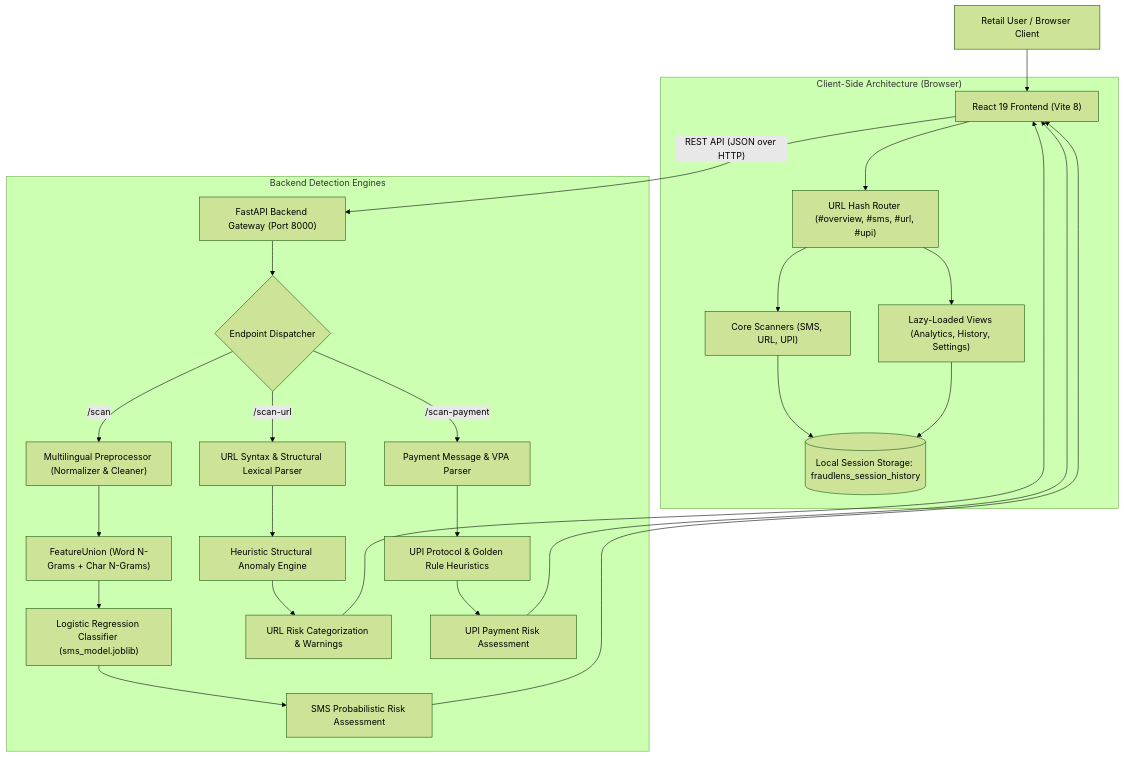
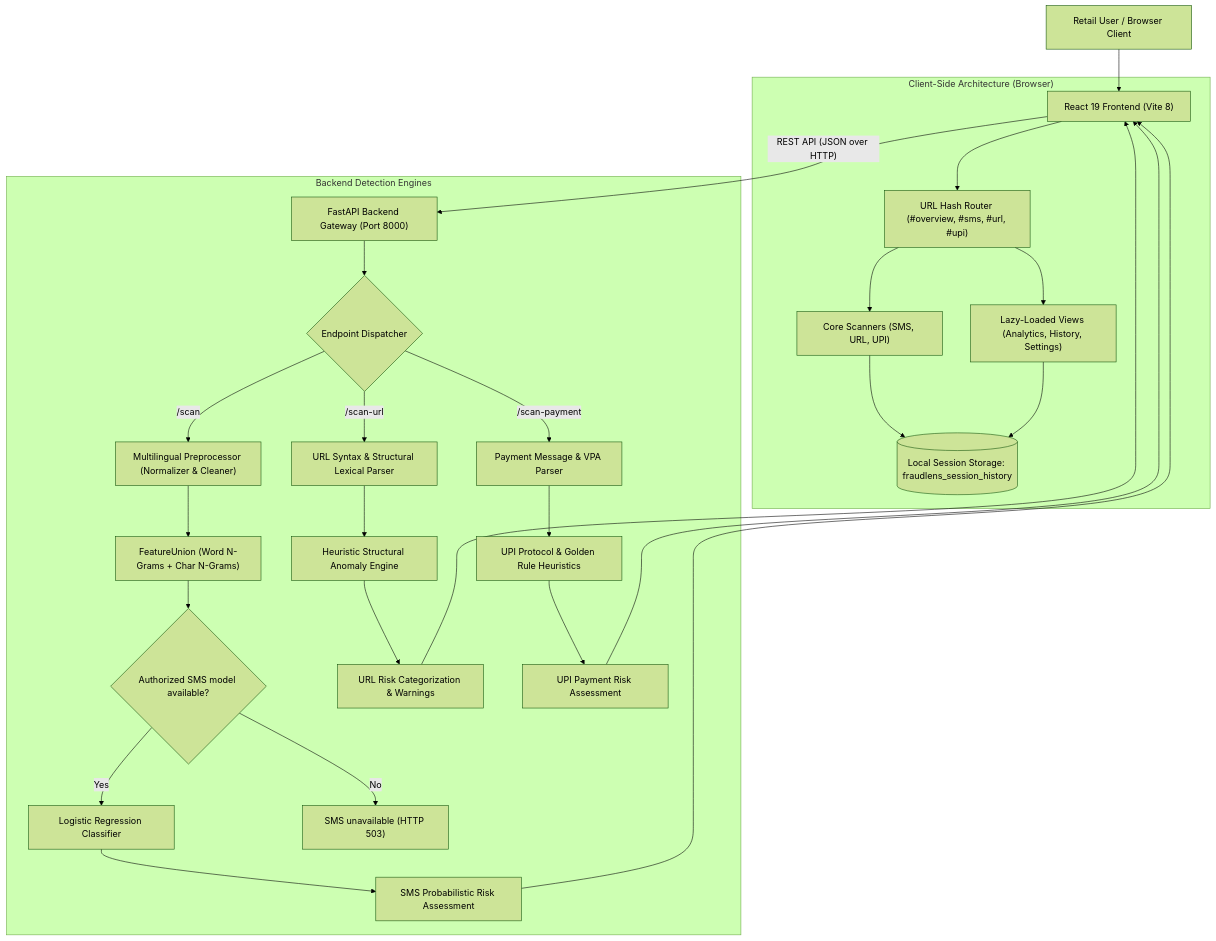
One commit to Akshaya25-CH/FraudLens-AI changed the diagram in README.md. Above: the diagram before and after it, drawn with Mermaid (forest theme). The commit also changed other lines of this file and 2 other files, not shown here.

Commit message:
prepare: clean public release without model binaries

````diff
--- a/README.md
+++ b/README.md
@@ -52,35 +56,37 @@
 ```mermaid
 flowchart TD
     User["Retail User / Browser Client"] --> ClientUI["React 19 Frontend (Vite 8)"]
 
     subgraph Frontend["Client-Side Architecture (Browser)"]
         ClientUI --> HashRouter["URL Hash Router (#overview, #sms, #url, #upi)"]
         HashRouter --> CoreViews["Core Scanners (SMS, URL, UPI)"]
         HashRouter --> LazyViews["Lazy-Loaded Views (Analytics, History, Settings)"]
         CoreViews --> LocalStore[("Local Session Storage: fraudlens_session_history")]
         LazyViews --> LocalStore
     end
 
     ClientUI -->|"REST API (JSON over HTTP)"| FastAPIApp["FastAPI Backend Gateway (Port 8000)"]
 
     subgraph Backend["Backend Detection Engines"]
         FastAPIApp --> Router{"Endpoint Dispatcher"}
         
         Router -->|"/scan"| Preprocessor["Multilingual Preprocessor (Normalizer & Cleaner)"]
         Preprocessor --> FeatureUnion["FeatureUnion (Word N-Grams + Char N-Grams)"]
-        FeatureUnion --> MLClassifier["Logistic Regression Classifier (sms_model.joblib)"]
+        FeatureUnion --> ModelCheck{"Authorized SMS model available?"}
+       ModelCheck -->|Yes| MLClassifier["Logistic Regression Classifier"]
+       ModelCheck -->|No| SMSUnavailable["SMS unavailable (HTTP 503)"]
         MLClassifier --> SMSResponse["SMS Probabilistic Risk Assessment"]
 
         Router -->|"/scan-url"| URLParser["URL Syntax & Structural Lexical Parser"]
         URLParser --> URLRules["Heuristic Structural Anomaly Engine"]
         URLRules --> URLResponse["URL Risk Categorization & Warnings"]
 
         Router -->|"/scan-payment"| UPIParser["Payment Message & VPA Parser"]
         UPIParser --> UPIRules["UPI Protocol & Golden Rule Heuristics"]
         UPIRules --> UPIResponse["UPI Payment Risk Assessment"]
     end
 
     SMSResponse --> ClientUI
     URLResponse --> ClientUI
     UPIResponse --> ClientUI
 ```
````
